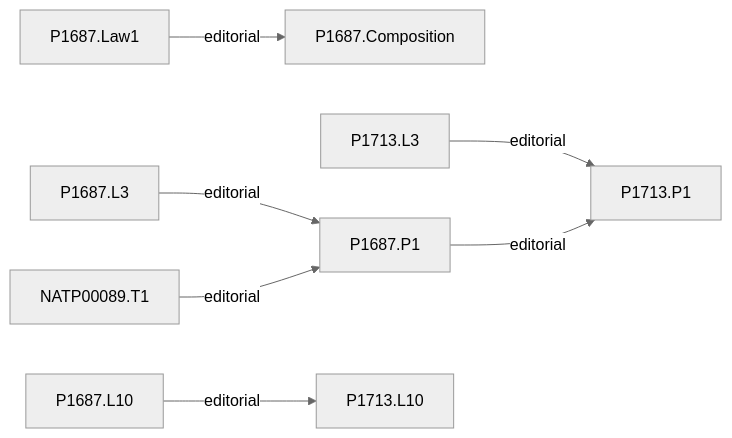
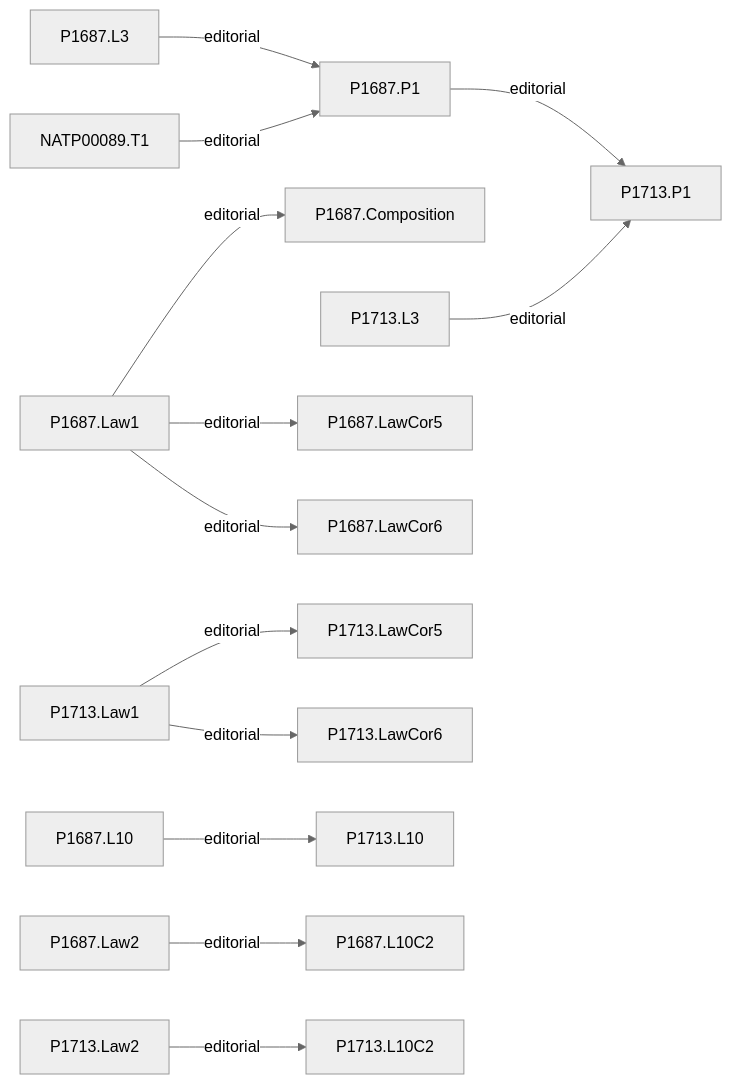
The fifth of 7 diagrams in research/figures.md (arivero/newtonlean), drawn with Mermaid (neutral theme) before and after one commit. The commit also changed other lines of this file and 10 other files, not shown here.

````diff
--- a/research/figures.md
+++ b/research/figures.md
@@ -150,9 +172,15 @@
 ```mermaid
 flowchart LR
   P1687_Law1["P1687.Law1"] -->|editorial| P1687_Composition["P1687.Composition"]
   P1687_L3["P1687.L3"] -->|editorial| P1687_P1["P1687.P1"]
   NATP00089_T1["NATP00089.T1"] -->|editorial| P1687_P1["P1687.P1"]
   P1713_L3["P1713.L3"] -->|editorial| P1713_P1["P1713.P1"]
   P1687_P1["P1687.P1"] -->|editorial| P1713_P1["P1713.P1"]
+  P1687_Law1["P1687.Law1"] -->|editorial| P1687_LawCor5["P1687.LawCor5"]
+  P1713_Law1["P1713.Law1"] -->|editorial| P1713_LawCor5["P1713.LawCor5"]
+  P1687_Law1["P1687.Law1"] -->|editorial| P1687_LawCor6["P1687.LawCor6"]
+  P1713_Law1["P1713.Law1"] -->|editorial| P1713_LawCor6["P1713.LawCor6"]
   P1687_L10["P1687.L10"] -->|editorial| P1713_L10["P1713.L10"]
+  P1687_Law2["P1687.Law2"] -->|editorial| P1687_L10C2["P1687.L10C2"]
+  P1713_Law2["P1713.Law2"] -->|editorial| P1713_L10C2["P1713.L10C2"]
 ```
````
